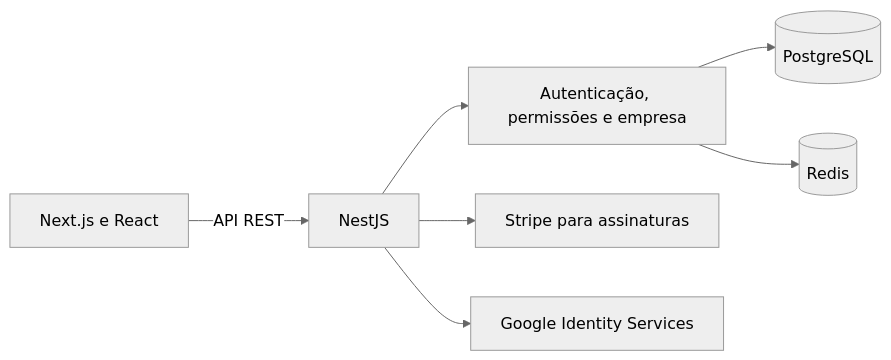
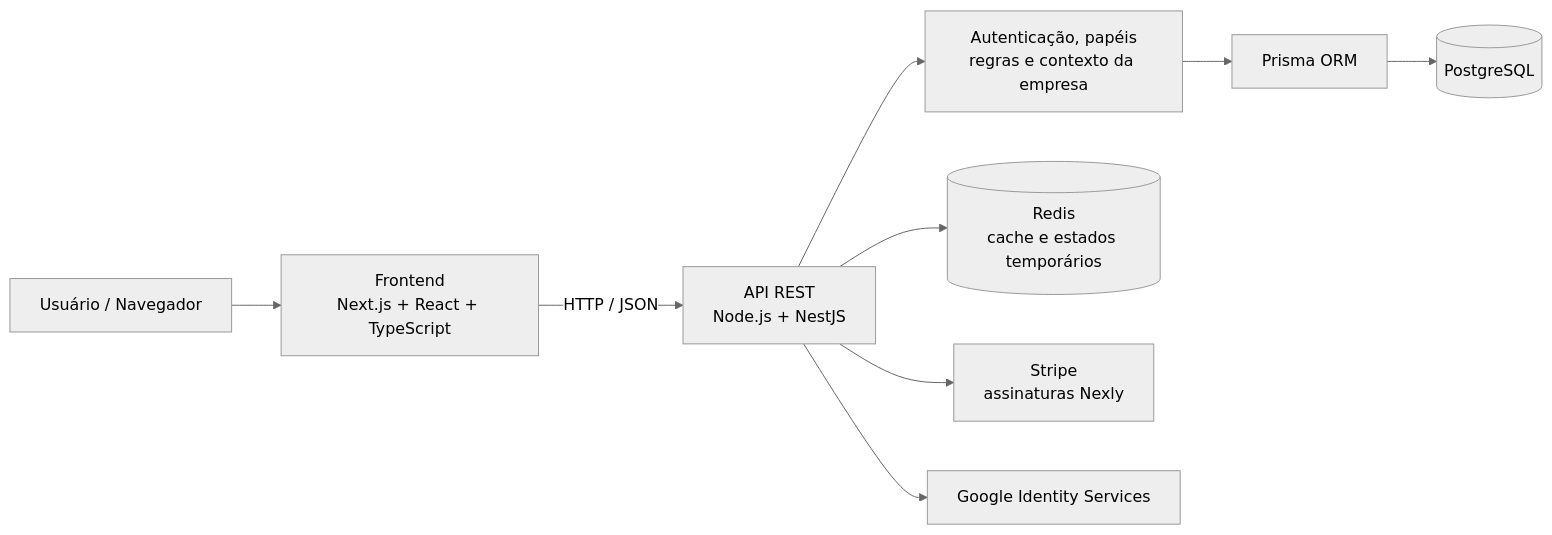
The first of 3 diagrams in README.md (Breno-J-Oliveira/Nexly), drawn with Mermaid (neutral theme) before and after one commit. The commit also changed other lines of this file, not shown here.

````diff
--- a/README.md
+++ b/README.md
@@ -135,9 +108,11 @@
 ```mermaid
 flowchart LR
-  Web[Next.js e React] -->|API REST| API[NestJS]
-  API --> Contexto[Autenticação, permissões e empresa]
-  Contexto --> PG[(PostgreSQL)]
-  Contexto --> Redis[(Redis)]
-  API --> Stripe[Stripe para assinaturas]
-  API --> Google[Google Identity Services]
+    U[Usuário / Navegador] --> WEB[Frontend<br/>Next.js + React + TypeScript]
+    WEB -->|HTTP / JSON| API[API REST<br/>Node.js + NestJS]
+    API --> VAL[Autenticação, papéis<br/>regras e contexto da empresa]
+    VAL --> ORM[Prisma ORM]
+    ORM --> PG[(PostgreSQL)]
+    API --> REDIS[(Redis<br/>cache e estados temporários)]
+    API --> STRIPE[Stripe<br/>assinaturas Nexly]
+    API --> GOOGLE[Google Identity Services]
 ```
````
